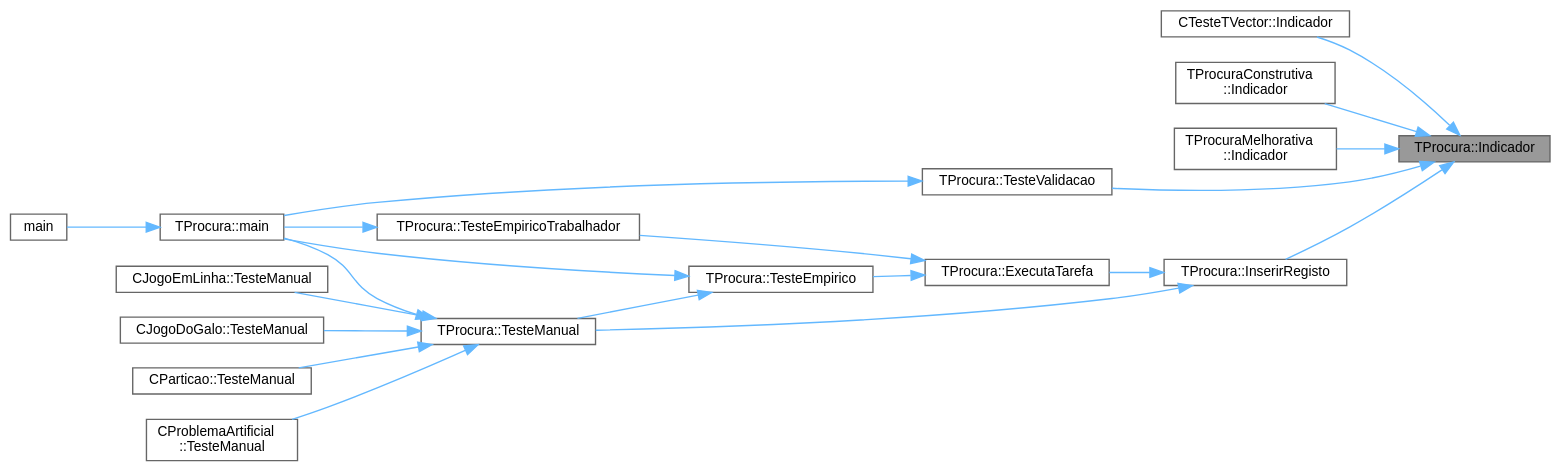
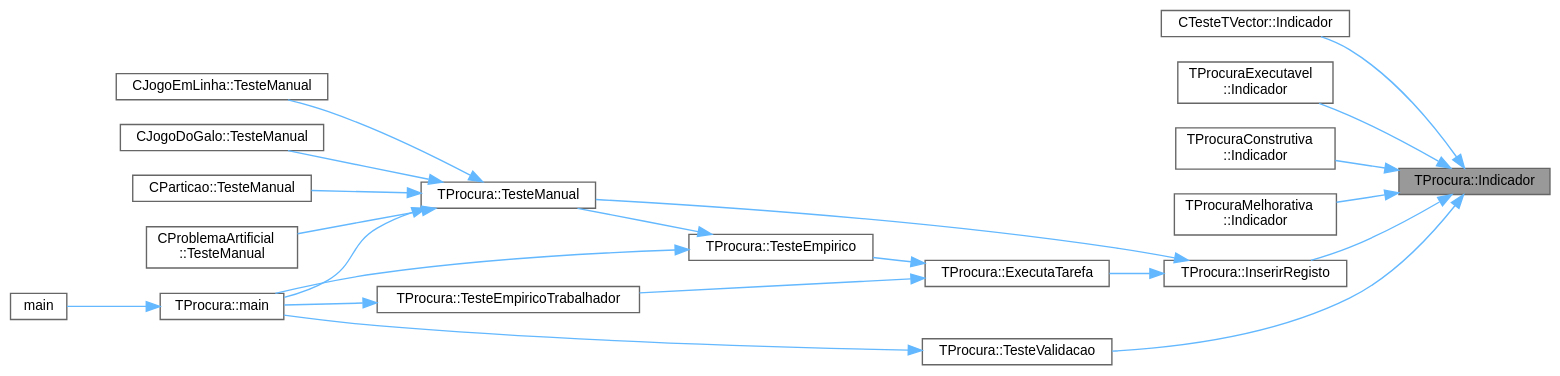
Before and after one commit to jcoelho72/TProcura: the diagram in classTProcura_a39f8ec3e0c97c7bc1bcd45e685168da2_icgraph.dot, drawn with Graphviz. The commit also changed 145 other files, not shown here.

```diff
--- a/classTProcura_a39f8ec3e0c97c7bc1bcd45e685168da2_icgraph.dot
+++ b/classTProcura_a39f8ec3e0c97c7bc1bcd45e685168da2_icgraph.dot
@@ -1,43 +1,45 @@
 digraph "TProcura::Indicador"
 {
  // LATEX_PDF_SIZE
   bgcolor="transparent";
   edge [fontname=Helvetica,fontsize=10,labelfontname=Helvetica,labelfontsize=10];
   node [fontname=Helvetica,fontsize=10,shape=box,height=0.2,width=0.4];
   rankdir="RL";
   Node1 [id="Node000001",label="TProcura::Indicador",height=0.2,width=0.4,color="gray40", fillcolor="grey60", style="filled", fontcolor="black",tooltip="Retorna um indicador, após a execução do algoritmo."];
   Node1 -> Node2 [id="edge1_Node000001_Node000002",dir="back",color="steelblue1",style="solid",tooltip=" "];
   Node2 [id="Node000002",label="CTesteTVector::Indicador",height=0.2,width=0.4,color="grey40", fillcolor="white", style="filled",URL="$classCTesteTVector.html#a9b2fa997b10ef80c88262c9e1463b767",tooltip="Calcula indicadores de teste."];
   Node1 -> Node3 [id="edge2_Node000001_Node000003",dir="back",color="steelblue1",style="solid",tooltip=" "];
-  Node3 [id="Node000003",label="TProcuraConstrutiva\l::Indicador",height=0.2,width=0.4,color="grey40", fillcolor="white", style="filled",URL="$group__RedefinicaoOpcional.html#ga98059503024d1ffc1c8ddaaec1b5a116",tooltip="Redefinição. Ver TProcura::Indicador()."];
+  Node3 [id="Node000003",label="TProcuraExecutavel\l::Indicador",height=0.2,width=0.4,color="grey40", fillcolor="white", style="filled",URL="$classTProcuraExecutavel.html#a7a3115baed2f65520c9f709f3865daff",tooltip="retorna indicadores após execução"];
   Node1 -> Node4 [id="edge3_Node000001_Node000004",dir="back",color="steelblue1",style="solid",tooltip=" "];
-  Node4 [id="Node000004",label="TProcuraMelhorativa\l::Indicador",height=0.2,width=0.4,color="grey40", fillcolor="white", style="filled",URL="$classTProcuraMelhorativa.html#a9fb583268291334ec7da02e2216bc7e8",tooltip="Redefinição. Ver TProcura::Indicador()."];
+  Node4 [id="Node000004",label="TProcuraConstrutiva\l::Indicador",height=0.2,width=0.4,color="grey40", fillcolor="white", style="filled",URL="$group__RedefinicaoOpcional.html#ga98059503024d1ffc1c8ddaaec1b5a116",tooltip="Redefinição. Ver TProcura::Indicador()."];
   Node1 -> Node5 [id="edge4_Node000001_Node000005",dir="back",color="steelblue1",style="solid",tooltip=" "];
-  Node5 [id="Node000005",label="TProcura::InserirRegisto",height=0.2,width=0.4,color="grey40", fillcolor="white", style="filled",URL="$classTProcura.html#acd7a254a5057023a21b9909053c36f24",tooltip="Insere um novo registo de resultados."];
-  Node5 -> Node6 [id="edge5_Node000005_Node000006",dir="back",color="steelblue1",style="solid",tooltip=" "];
-  Node6 [id="Node000006",label="TProcura::ExecutaTarefa",height=0.2,width=0.4,color="grey40", fillcolor="white", style="filled",URL="$classTProcura.html#a2c3c5fdff8277b04a219156dec0f068b",tooltip="Executa uma tarefa num teste empírico."];
+  Node5 [id="Node000005",label="TProcuraMelhorativa\l::Indicador",height=0.2,width=0.4,color="grey40", fillcolor="white", style="filled",URL="$classTProcuraMelhorativa.html#a9fb583268291334ec7da02e2216bc7e8",tooltip="Redefinição. Ver TProcura::Indicador()."];
+  Node1 -> Node6 [id="edge5_Node000001_Node000006",dir="back",color="steelblue1",style="solid",tooltip=" "];
+  Node6 [id="Node000006",label="TProcura::InserirRegisto",height=0.2,width=0.4,color="grey40", fillcolor="white", style="filled",URL="$classTProcura.html#acd7a254a5057023a21b9909053c36f24",tooltip="Insere um novo registo de resultados."];
   Node6 -> Node7 [id="edge6_Node000006_Node000007",dir="back",color="steelblue1",style="solid",tooltip=" "];
-  Node7 [id="Node000007",label="TProcura::TesteEmpirico",height=0.2,width=0.4,color="grey40", fillcolor="white", style="filled",URL="$classTProcura.html#acee9af6bb96ce1557fbec912f9ada9ce",tooltip="Executa testes empíricos, em todas as configurações guardadas, nas instâncias selecionadas."];
+  Node7 [id="Node000007",label="TProcura::ExecutaTarefa",height=0.2,width=0.4,color="grey40", fillcolor="white", style="filled",URL="$classTProcura.html#a2c3c5fdff8277b04a219156dec0f068b",tooltip="Executa uma tarefa num teste empírico."];
   Node7 -> Node8 [id="edge7_Node000007_Node000008",dir="back",color="steelblue1",style="solid",tooltip=" "];
-  Node8 [id="Node000008",label="TProcura::main",height=0.2,width=0.4,color="grey40", fillcolor="white", style="filled",URL="$classTProcura.html#a8efd6f9c08b28effd32ab3ed07b4f70e",tooltip="Inicializa a interação com o utilizador."];
+  Node8 [id="Node000008",label="TProcura::TesteEmpirico",height=0.2,width=0.4,color="grey40", fillcolor="white", style="filled",URL="$classTProcura.html#acee9af6bb96ce1557fbec912f9ada9ce",tooltip="Executa testes empíricos, em todas as configurações guardadas, nas instâncias selecionadas."];
   Node8 -> Node9 [id="edge8_Node000008_Node000009",dir="back",color="steelblue1",style="solid",tooltip=" "];
-  Node9 [id="Node000009",label="main",height=0.2,width=0.4,color="grey40", fillcolor="white", style="filled",URL="$Adversa_2Teste_2teste_8cpp.html#a0ddf1224851353fc92bfbff6f499fa97",tooltip=" "];
-  Node7 -> Node10 [id="edge9_Node000007_Node000010",dir="back",color="steelblue1",style="solid",tooltip=" "];
-  Node10 [id="Node000010",label="TProcura::TesteManual",height=0.2,width=0.4,color="grey40", fillcolor="white", style="filled",URL="$classTProcura.html#a8331059908495f9a915ada39424ca27c",tooltip="Inicializa a interação com o utilizador."];
-  Node10 -> Node8 [id="edge10_Node000010_Node000008",dir="back",color="steelblue1",style="solid",tooltip=" "];
-  Node10 -> Node11 [id="edge11_Node000010_Node000011",dir="back",color="steelblue1",style="solid",tooltip=" "];
-  Node11 [id="Node000011",label="CJogoDoGalo::TesteManual",height=0.2,width=0.4,color="grey40", fillcolor="white", style="filled",URL="$classCJogoDoGalo.html#a113984a3801a93ebce61e0a700a413ab",tooltip=" "];
-  Node10 -> Node12 [id="edge12_Node000010_Node000012",dir="back",color="steelblue1",style="solid",tooltip=" "];
-  Node12 [id="Node000012",label="CParticao::TesteManual",height=0.2,width=0.4,color="grey40", fillcolor="white", style="filled",URL="$classCParticao.html#aa4d328b9944991f3fc52ce0726111865",tooltip=" "];
-  Node10 -> Node13 [id="edge13_Node000010_Node000013",dir="back",color="steelblue1",style="solid",tooltip=" "];
-  Node13 [id="Node000013",label="CProblemaArtificial\l::TesteManual",height=0.2,width=0.4,color="grey40", fillcolor="white", style="filled",URL="$classCProblemaArtificial.html#abaad629eb538177261df40e1e27e92ed",tooltip=" "];
-  Node10 -> Node14 [id="edge14_Node000010_Node000014",dir="back",color="steelblue1",style="solid",tooltip=" "];
-  Node14 [id="Node000014",label="CJogoEmLinha::TesteManual",height=0.2,width=0.4,color="grey40", fillcolor="white", style="filled",URL="$classCJogoEmLinha.html#a605b4293eeaed3fd542afe36edcc8d51",tooltip="Inicializa a interação com o utilizador."];
-  Node6 -> Node15 [id="edge15_Node000006_Node000015",dir="back",color="steelblue1",style="solid",tooltip=" "];
-  Node15 [id="Node000015",label="TProcura::TesteEmpiricoTrabalhador",height=0.2,width=0.4,color="grey40", fillcolor="white", style="filled",URL="$classTProcura.html#a79047083f0756a123a7e489027d48c3a",tooltip="Teste empírico com modo mestre-escravo (este é o escravo)"];
-  Node15 -> Node8 [id="edge16_Node000015_Node000008",dir="back",color="steelblue1",style="solid",tooltip=" "];
-  Node5 -> Node10 [id="edge17_Node000005_Node000010",dir="back",color="steelblue1",style="solid",tooltip=" "];
-  Node1 -> Node16 [id="edge18_Node000001_Node000016",dir="back",color="steelblue1",style="solid",tooltip=" "];
-  Node16 [id="Node000016",label="TProcura::TesteValidacao",height=0.2,width=0.4,color="grey40", fillcolor="white", style="filled",URL="$classTProcura.html#a60074f8de5e9e28abcc68246f8dfae8e",tooltip="Executa testes de validação, executando cada solução na instância respetiva, e verificando a sua vali..."];
-  Node16 -> Node8 [id="edge19_Node000016_Node000008",dir="back",color="steelblue1",style="solid",tooltip=" "];
+  Node9 [id="Node000009",label="TProcura::main",height=0.2,width=0.4,color="grey40", fillcolor="white", style="filled",URL="$classTProcura.html#a8efd6f9c08b28effd32ab3ed07b4f70e",tooltip="Inicializa a interação com o utilizador."];
+  Node9 -> Node10 [id="edge9_Node000009_Node000010",dir="back",color="steelblue1",style="solid",tooltip=" "];
+  Node10 [id="Node000010",label="main",height=0.2,width=0.4,color="grey40", fillcolor="white", style="filled",URL="$Adversa_2Teste_2teste_8cpp.html#a0ddf1224851353fc92bfbff6f499fa97",tooltip=" "];
+  Node8 -> Node11 [id="edge10_Node000008_Node000011",dir="back",color="steelblue1",style="solid",tooltip=" "];
+  Node11 [id="Node000011",label="TProcura::TesteManual",height=0.2,width=0.4,color="grey40", fillcolor="white", style="filled",URL="$classTProcura.html#a8331059908495f9a915ada39424ca27c",tooltip="Inicializa a interação com o utilizador."];
+  Node11 -> Node9 [id="edge11_Node000011_Node000009",dir="back",color="steelblue1",style="solid",tooltip=" "];
+  Node11 -> Node12 [id="edge12_Node000011_Node000012",dir="back",color="steelblue1",style="solid",tooltip=" "];
+  Node12 [id="Node000012",label="CJogoDoGalo::TesteManual",height=0.2,width=0.4,color="grey40", fillcolor="white", style="filled",URL="$classCJogoDoGalo.html#a113984a3801a93ebce61e0a700a413ab",tooltip=" "];
+  Node11 -> Node13 [id="edge13_Node000011_Node000013",dir="back",color="steelblue1",style="solid",tooltip=" "];
+  Node13 [id="Node000013",label="CParticao::TesteManual",height=0.2,width=0.4,color="grey40", fillcolor="white", style="filled",URL="$classCParticao.html#aa4d328b9944991f3fc52ce0726111865",tooltip=" "];
+  Node11 -> Node14 [id="edge14_Node000011_Node000014",dir="back",color="steelblue1",style="solid",tooltip=" "];
+  Node14 [id="Node000014",label="CProblemaArtificial\l::TesteManual",height=0.2,width=0.4,color="grey40", fillcolor="white", style="filled",URL="$classCProblemaArtificial.html#abaad629eb538177261df40e1e27e92ed",tooltip=" "];
+  Node11 -> Node15 [id="edge15_Node000011_Node000015",dir="back",color="steelblue1",style="solid",tooltip=" "];
+  Node15 [id="Node000015",label="CJogoEmLinha::TesteManual",height=0.2,width=0.4,color="grey40", fillcolor="white", style="filled",URL="$classCJogoEmLinha.html#a605b4293eeaed3fd542afe36edcc8d51",tooltip="Inicializa a interação com o utilizador."];
+  Node7 -> Node16 [id="edge16_Node000007_Node000016",dir="back",color="steelblue1",style="solid",tooltip=" "];
+  Node16 [id="Node000016",label="TProcura::TesteEmpiricoTrabalhador",height=0.2,width=0.4,color="grey40", fillcolor="white", style="filled",URL="$classTProcura.html#a79047083f0756a123a7e489027d48c3a",tooltip="Teste empírico com modo mestre-escravo (este é o escravo)"];
+  Node16 -> Node9 [id="edge17_Node000016_Node000009",dir="back",color="steelblue1",style="solid",tooltip=" "];
+  Node6 -> Node11 [id="edge18_Node000006_Node000011",dir="back",color="steelblue1",style="solid",tooltip=" "];
+  Node1 -> Node17 [id="edge19_Node000001_Node000017",dir="back",color="steelblue1",style="solid",tooltip=" "];
+  Node17 [id="Node000017",label="TProcura::TesteValidacao",height=0.2,width=0.4,color="grey40", fillcolor="white", style="filled",URL="$classTProcura.html#a60074f8de5e9e28abcc68246f8dfae8e",tooltip="Executa testes de validação, executando cada solução na instância respetiva, e verificando a sua vali..."];
+  Node17 -> Node9 [id="edge20_Node000017_Node000009",dir="back",color="steelblue1",style="solid",tooltip=" "];
 }
```
